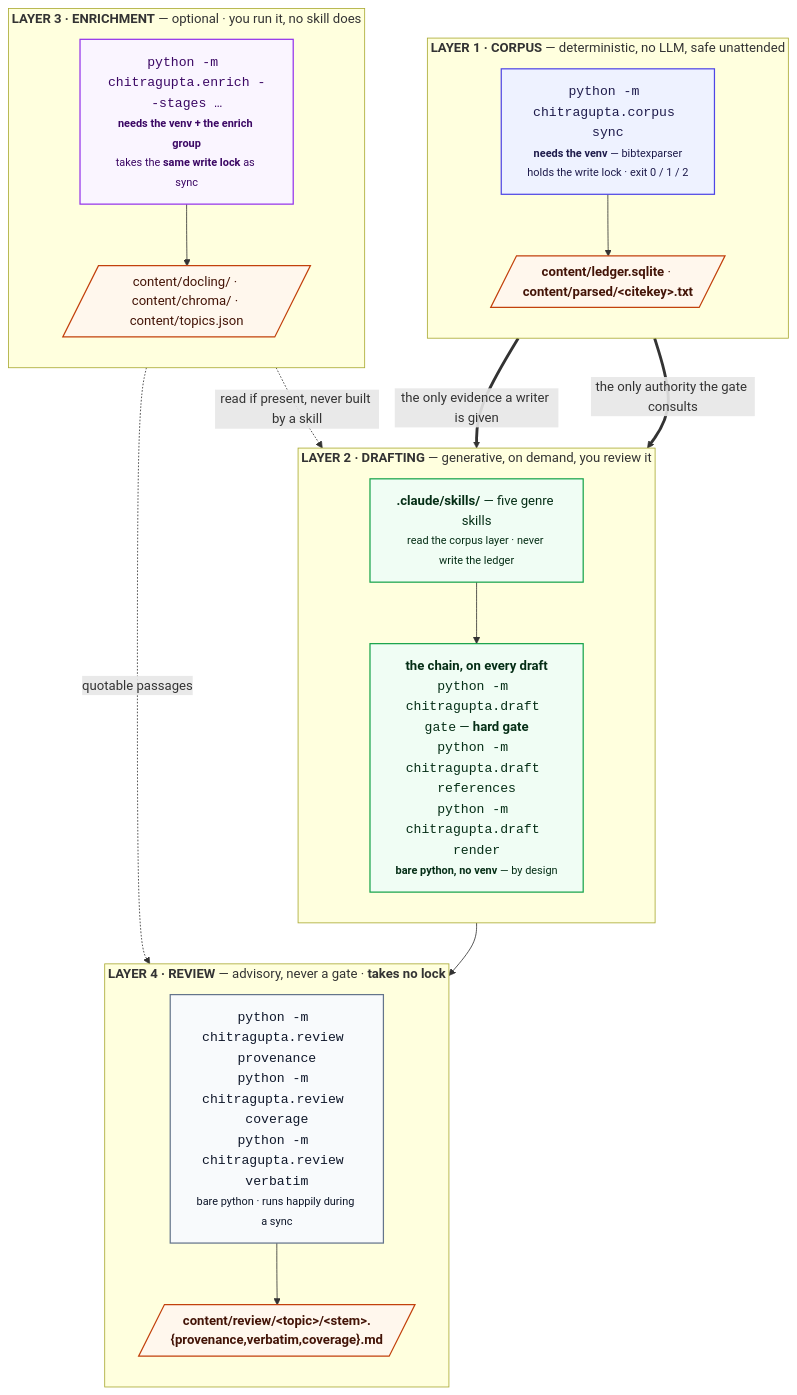
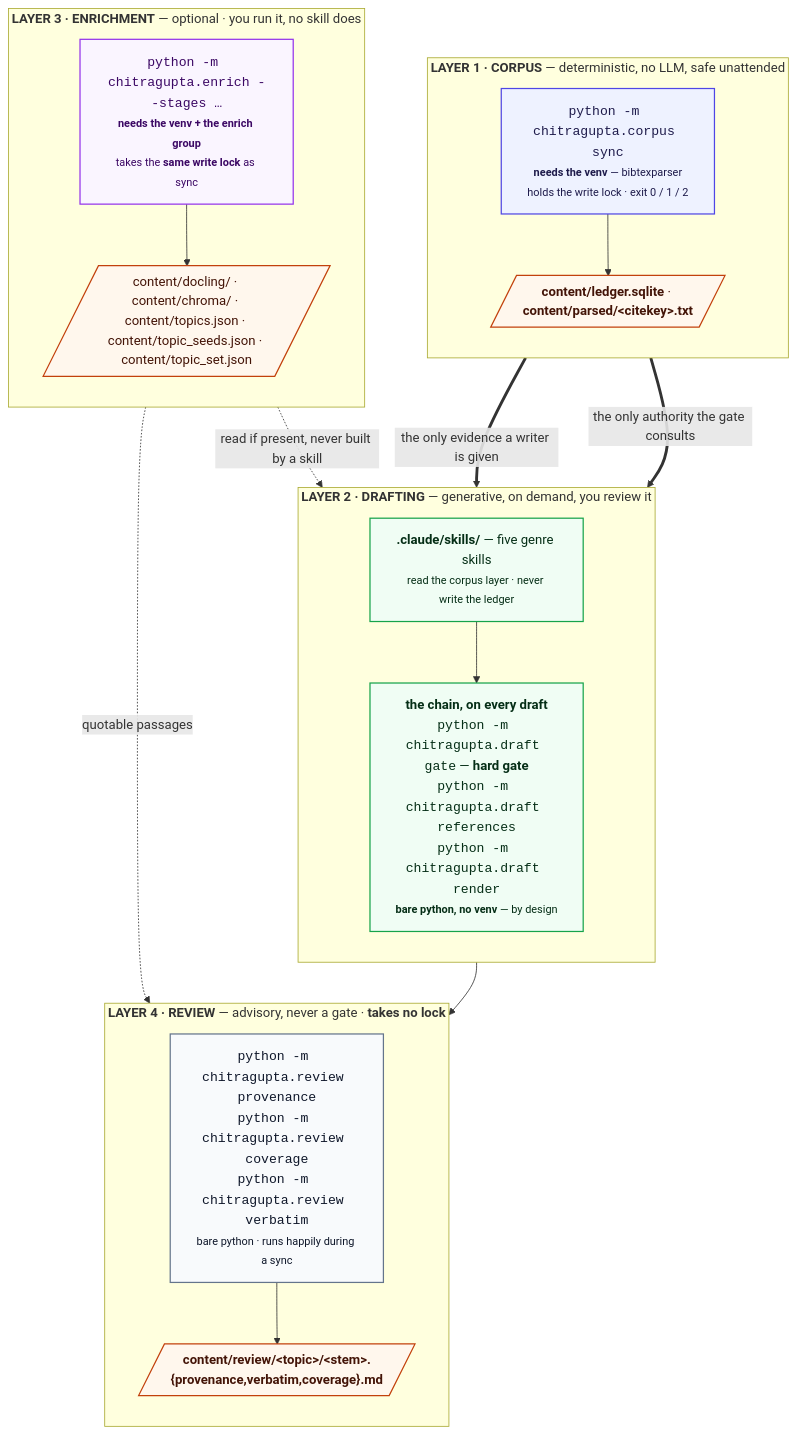
One commit to prasadtalasila/chitragupta changed the diagram in docs/ARCHITECTURE.md. Above: the diagram before and after it, drawn with Mermaid. The commit also changed other lines of this file and 36 other files, not shown here.

````diff
--- a/docs/ARCHITECTURE.md
+++ b/docs/ARCHITECTURE.md
@@ -64,49 +64,49 @@
 ```mermaid
 flowchart TB
 
   subgraph J1["<b>LAYER 1 · CORPUS</b> — deterministic, no LLM, safe unattended"]
     direction TB
     SYNC["<code>python -m chitragupta.corpus sync</code><br/><small><b>needs the venv</b> — bibtexparser<br/>holds the write lock · exit 0 / 1 / 2</small>"]
     OUT1[/"<b>content/ledger.sqlite</b> · <b>content/parsed/&lt;citekey&gt;.txt</b>"/]
     SYNC --> OUT1
   end
 
   subgraph J2["<b>LAYER 2 · DRAFTING</b> — generative, on demand, you review it"]
     direction TB
     SKILL["<b>.claude/skills/</b> — five genre skills<br/><small>read the corpus layer · never write the ledger</small>"]
     CHAIN["<b>the chain, on every draft</b><br/><code>python -m chitragupta.draft gate</code> — <b>hard gate</b><br/><code>python -m chitragupta.draft references</code><br/><code>python -m chitragupta.draft render</code><br/><small><b>bare python, no venv</b> — by design</small>"]
     SKILL --> CHAIN
   end
 
   subgraph JH["<b>LAYER 3 · ENRICHMENT</b> — optional · you run it, no skill does"]
     direction TB
     FULL["<code>python -m chitragupta.enrich --stages …</code><br/><small><b>needs the venv + the enrich group</b><br/>takes the <b>same write lock</b> as sync</small>"]
-    OUT3[/"content/docling/ · content/chroma/ · content/topics.json"/]
+    OUT3[/"content/docling/ · content/chroma/ · content/topics.json · content/topic_seeds.json · content/topic_set.json"/]
     FULL --> OUT3
   end
 
   subgraph AID["<b>LAYER 4 · REVIEW</b> — advisory, never a gate · <b>takes no lock</b>"]
     direction TB
     A["<code>python -m chitragupta.review provenance</code><br/><code>python -m chitragupta.review coverage</code><br/><code>python -m chitragupta.review verbatim</code><br/><small>bare python · runs happily during a sync</small>"]
     OUT4[/"<b>content/review/&lt;topic&gt;/&lt;stem&gt;.{provenance,verbatim,coverage}.md</b>"/]
     A --> OUT4
   end
 
   OUT1 == "the only evidence a writer is given" ==> SKILL
   OUT1 == "the only authority the gate consults" ==> CHAIN
   OUT3 -. "read if present, never built by a skill" .-> SKILL
   OUT3 -. "quotable passages" .-> A
   CHAIN --> A
 
   classDef det fill:#eef2ff,stroke:#4f46e5,stroke-width:1.5px,color:#1e1b4b
   classDef gen fill:#f0fdf4,stroke:#16a34a,stroke-width:1.5px,color:#052e16
   classDef heavy fill:#faf5ff,stroke:#9333ea,stroke-width:1.5px,color:#3b0764
   classDef store fill:#fff7ed,stroke:#c2410c,stroke-width:1.5px,color:#431407
   classDef aid fill:#f8fafc,stroke:#64748b,stroke-width:1.5px,color:#0f172a
 
   class SYNC det
   class SKILL,CHAIN gen
   class FULL heavy
   class OUT1,OUT3,OUT4 store
   class A aid
 ```
````
